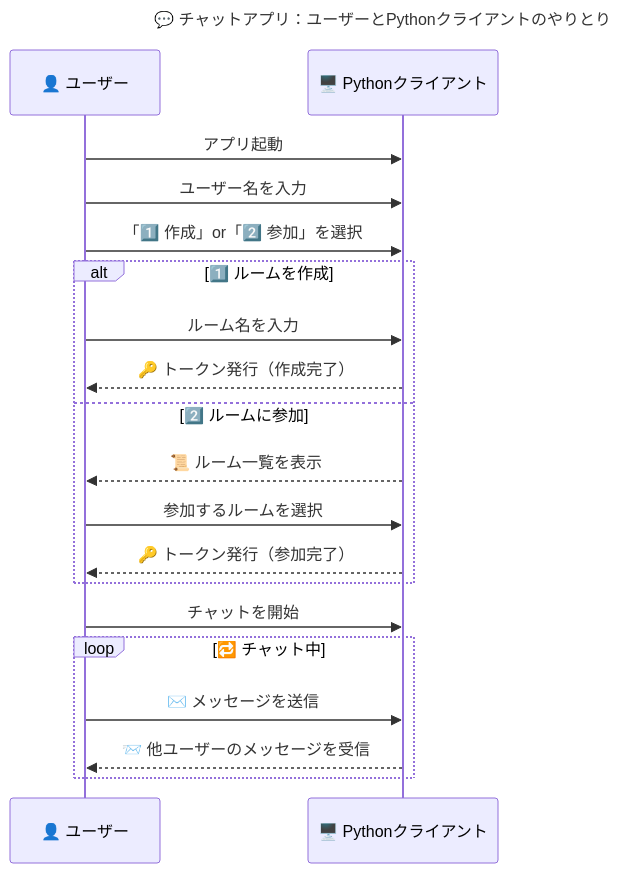
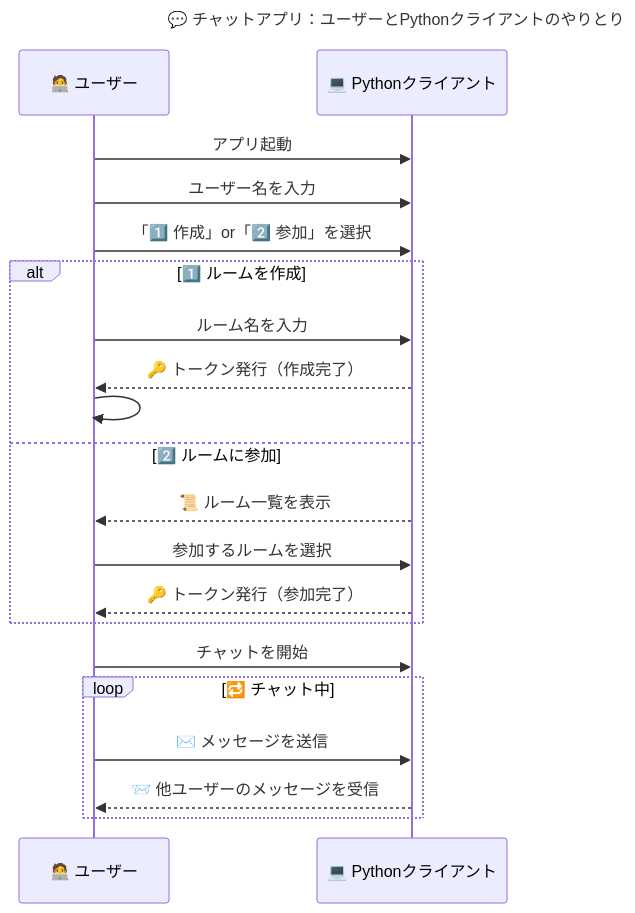
Before and after one commit to BackendExplorer/Tenshin: the first of 3 diagrams in README.md, drawn with Mermaid.

````diff
--- a/README.md
+++ b/README.md
@@ -1,32 +1,36 @@
 ```mermaid
 sequenceDiagram
     title 💬 チャットアプリ：ユーザーとPythonクライアントのやりとり
 
-    participant ユーザー as 👤 ユーザー
-    participant クライアント as 🖥️ Pythonクライアント
+    %% 参加者定義：代替アイコンで視覚強化
+    participant ユーザー as 🧑‍💻 ユーザー
+    participant クライアント as 💻 Pythonクライアント
 
     %% === 🚀 起動フェーズ ===
     ユーザー->>クライアント: アプリ起動
     ユーザー->>クライアント: ユーザー名を入力
     ユーザー->>クライアント: 「1️⃣ 作成」or「2️⃣ 参加」を選択
 
     %% === 🏠 ルーム選択フェーズ ===
     alt 1️⃣ ルームを作成
         ユーザー->>クライアント: ルーム名を入力
         クライアント-->>ユーザー: 🔑 トークン発行（作成完了）
+        
+        %% スペース確保用
+        ユーザー->>ユーザー: 
     else 2️⃣ ルームに参加
         クライアント-->>ユーザー: 📜 ルーム一覧を表示
         ユーザー->>クライアント: 参加するルームを選択
         クライアント-->>ユーザー: 🔑 トークン発行（参加完了）
     end
 
     %% === 💬 チャットフェーズ ===
     ユーザー->>クライアント: チャットを開始
 
     loop 🔁 チャット中
         ユーザー->>クライアント: ✉️ メッセージを送信
         クライアント-->>ユーザー: 📨 他ユーザーのメッセージを受信
     end
 
 
 ```
````
